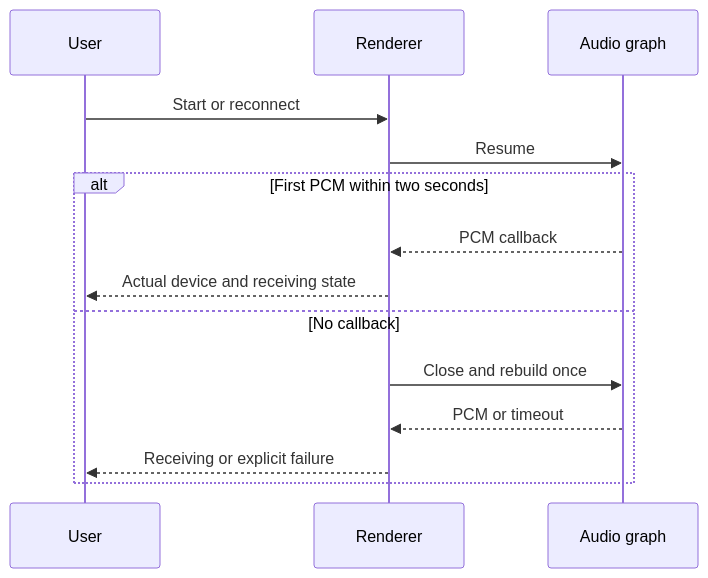
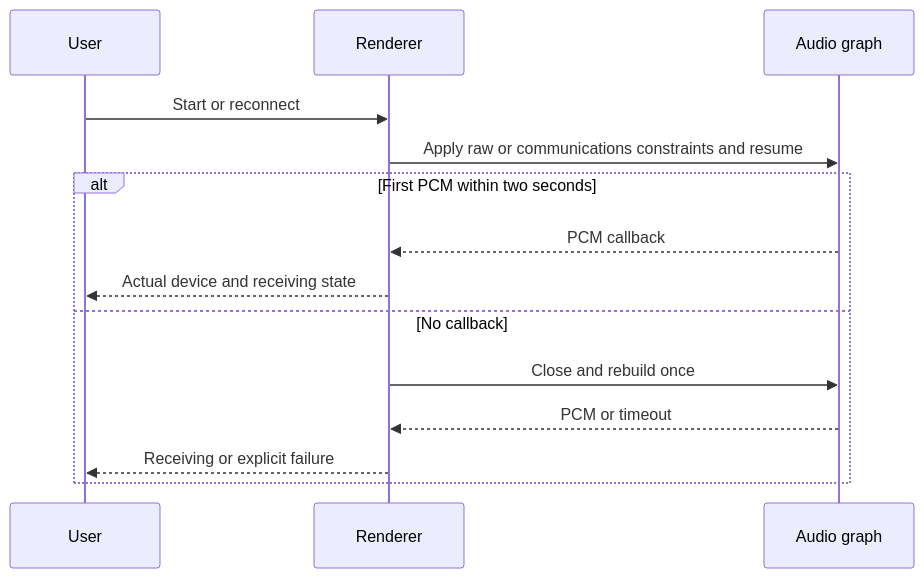
The fourth of 8 diagrams in docs/MICROPHONE_CAPTURE.md (liu-qingyuan/cheating-daddy), drawn with Mermaid before and after one commit. The commit also changed other lines of this file and 12 other files, not shown here.

````diff
--- a/docs/MICROPHONE_CAPTURE.md
+++ b/docs/MICROPHONE_CAPTURE.md
@@ -48,16 +48,16 @@
 ```mermaid
 sequenceDiagram
  participant U as User
  participant R as Renderer
  participant G as Audio graph
  U->>R: Start or reconnect
- R->>G: Resume
+ R->>G: Apply raw or communications constraints and resume
  alt First PCM within two seconds
  G-->>R: PCM callback
  R-->>U: Actual device and receiving state
  else No callback
  R->>G: Close and rebuild once
  G-->>R: PCM or timeout
  R-->>U: Receiving or explicit failure
  end
 ```
````
